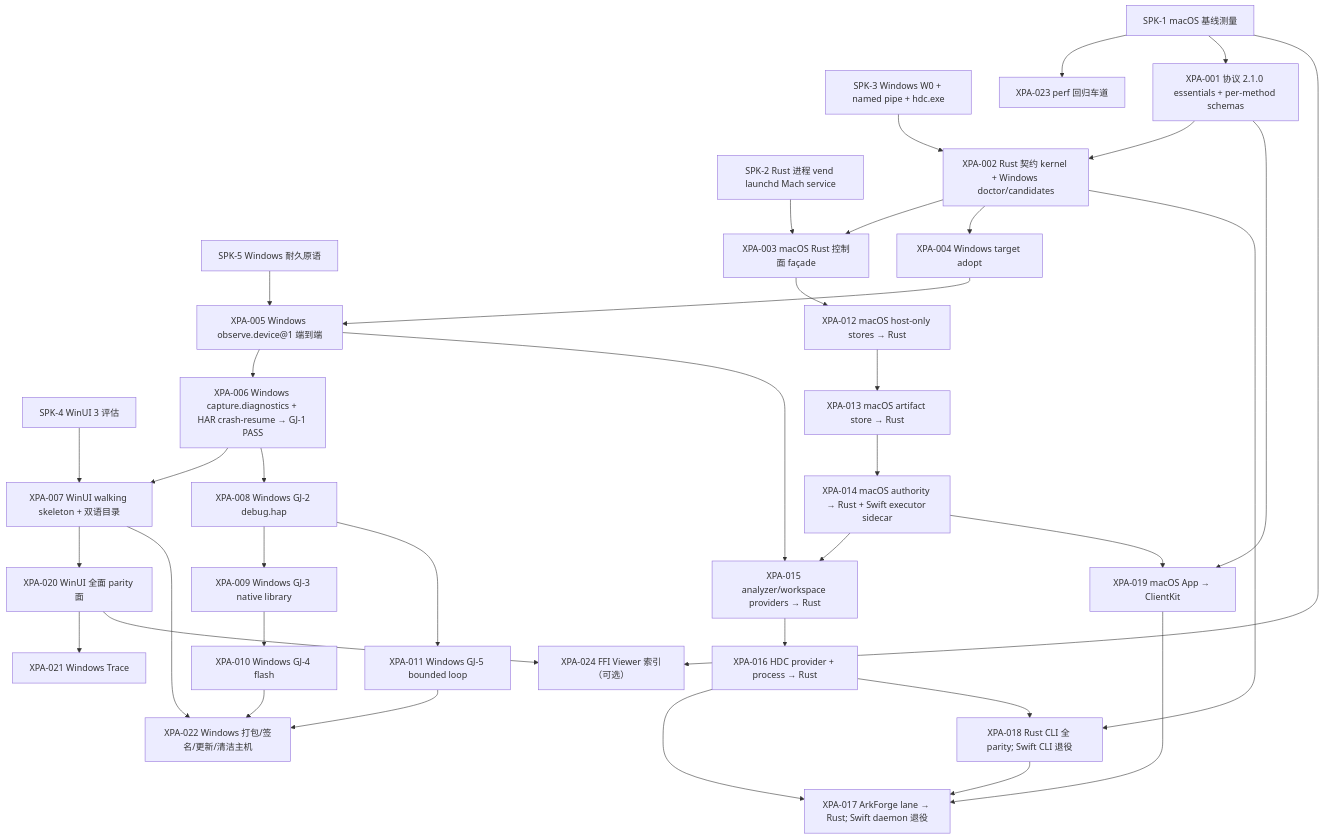
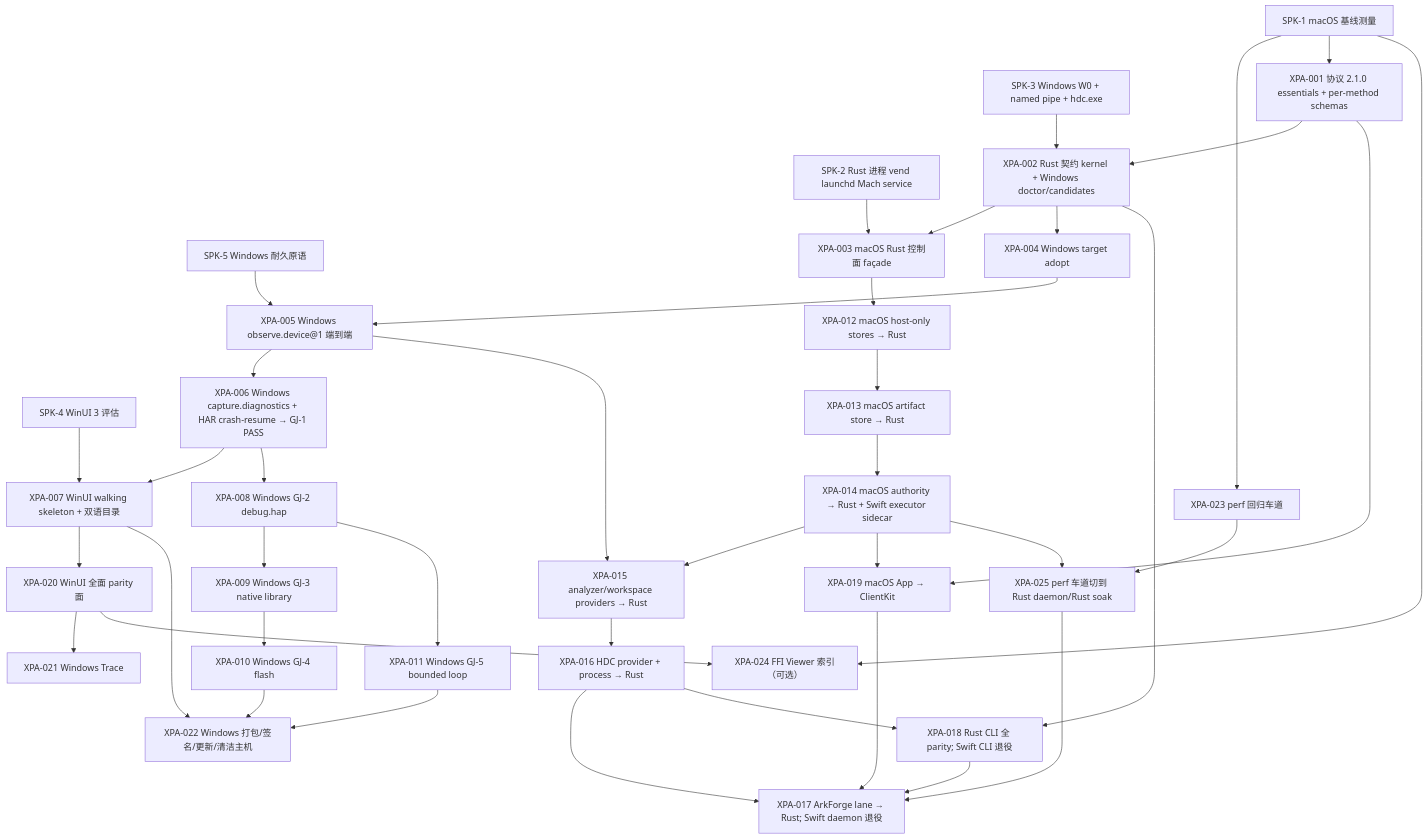
Before and after one commit to ArkDeck/ArkDeck: the sixth of 6 diagrams in docs/design/cross-platform/rust-core-cross-platform-architecture.md, drawn with Mermaid. The commit also changed other lines of this file and 4 other files, not shown here.

````diff
--- a/docs/design/cross-platform/rust-core-cross-platform-architecture.md
+++ b/docs/design/cross-platform/rust-core-cross-platform-architecture.md
@@ -671,61 +673,65 @@
 ```mermaid
 flowchart TD
   SPK1[SPK-1 macOS 基线测量]
   SPK2[SPK-2 Rust 进程 vend launchd Mach service]
   SPK3[SPK-3 Windows W0 + named pipe + hdc.exe]
   SPK4[SPK-4 WinUI 3 评估]
   SPK5[SPK-5 Windows 耐久原语]
   X001[XPA-001 协议 2.1.0 essentials + per-method schemas]
   X002[XPA-002 Rust 契约 kernel + Windows doctor/candidates]
   X003[XPA-003 macOS Rust 控制面 façade]
   X004[XPA-004 Windows target adopt]
   X005[XPA-005 Windows observe.device@1 端到端]
   X006[XPA-006 Windows capture.diagnostics + HAR crash-resume → GJ-1 PASS]
   X007[XPA-007 WinUI walking skeleton + 双语目录]
   X008[XPA-008 Windows GJ-2 debug.hap]
   X009[XPA-009 Windows GJ-3 native library]
   X010[XPA-010 Windows GJ-4 flash]
   X011[XPA-011 Windows GJ-5 bounded loop]
   X012[XPA-012 macOS host-only stores → Rust]
   X013[XPA-013 macOS artifact store → Rust]
   X014[XPA-014 macOS authority → Rust + Swift executor sidecar]
   X015[XPA-015 analyzer/workspace providers → Rust]
   X016[XPA-016 HDC provider + process → Rust]
   X017[XPA-017 ArkForge lane → Rust; Swift daemon 退役]
   X018[XPA-018 Rust CLI 全 parity; Swift CLI 退役]
   X019[XPA-019 macOS App → ClientKit]
   X020[XPA-020 WinUI 全面 parity 面]
   X021[XPA-021 Windows Trace]
   X022[XPA-022 Windows 打包/签名/更新/清洁主机]
   X023[XPA-023 perf 回归车道]
   X024[XPA-024 FFI Viewer 索引（可选）]
+  X025[XPA-025 perf 车道切到 Rust daemon/Rust soak]
   SPK1 --> X023
   SPK1 --> X001
   X001 --> X002
   SPK3 --> X002
   SPK5 --> X005
   X002 --> X003
   SPK2 --> X003
   X002 --> X004 --> X005 --> X006
   SPK4 --> X007
   X006 --> X007
   X006 --> X008 --> X009 --> X010
   X008 --> X011
   X003 --> X012 --> X013 --> X014
   X014 --> X015 --> X016
   X016 --> X017
   X018 --> X017
   X019 --> X017
   X005 --> X015
   X002 --> X018
   X016 --> X018
   X001 --> X019
   X014 --> X019
   X007 --> X020
   X020 --> X021
   X007 --> X022
   X010 --> X022
   X011 --> X022
   SPK1 --> X024
   X020 --> X024
+  X014 --> X025
+  X023 --> X025
+  X025 --> X017
 ```
````
